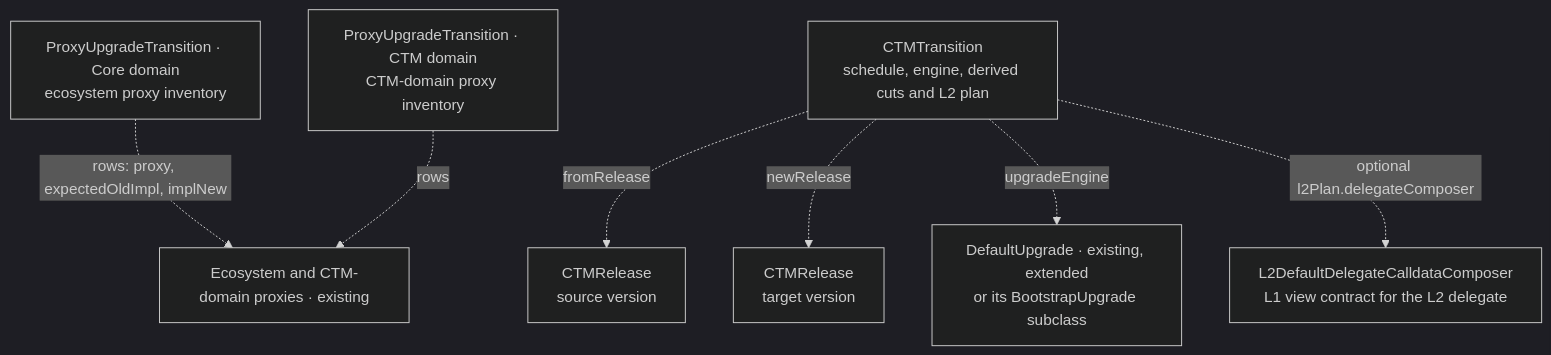
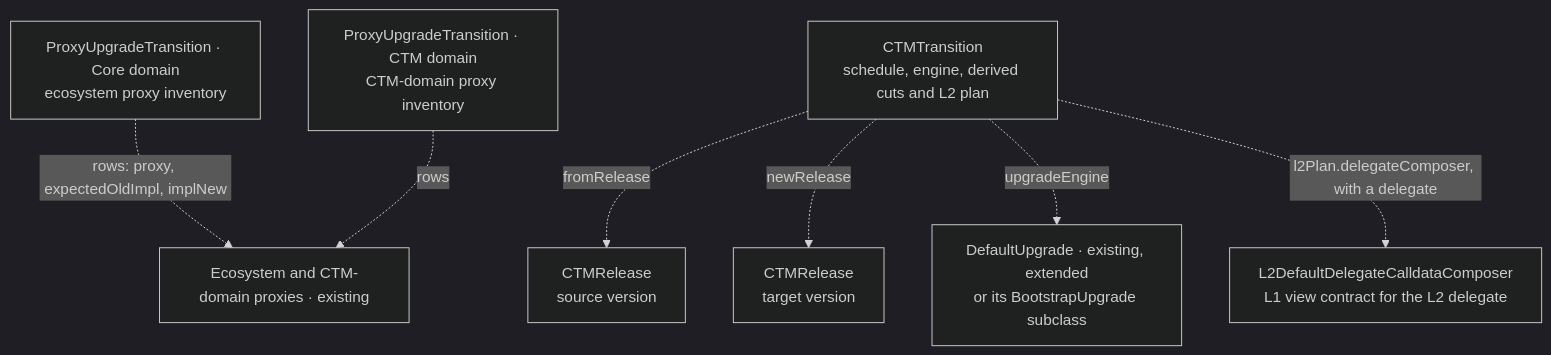
The first of 10 diagrams in docs/registry-driven-upgrades.md (matter-labs/era-contracts), drawn with Mermaid (dark theme) before and after one commit. The commit also changed other lines of this file and 43 other files, not shown here.

````diff
--- a/docs/registry-driven-upgrades.md
+++ b/docs/registry-driven-upgrades.md
@@ -80,18 +80,18 @@
 ```mermaid
 flowchart TB
     CORE["ProxyUpgradeTransition · Core domain<br/>ecosystem proxy inventory"]
     INFRA["ProxyUpgradeTransition · CTM domain<br/>CTM-domain proxy inventory"]
     TRANS["CTMTransition<br/>schedule, engine, derived cuts and L2 plan"]
     PROXIES["Ecosystem and CTM-domain proxies · existing"]
     FROM["CTMRelease<br/>source version"]
     TO["CTMRelease<br/>target version"]
     ENGINE["DefaultUpgrade · existing, extended<br/>or its BootstrapUpgrade subclass"]
     COMPOSER["L2DefaultDelegateCalldataComposer<br/>L1 view contract for the L2 delegate"]
 
     CORE -.->|"rows: proxy, expectedOldImpl, implNew"| PROXIES
     INFRA -.->|"rows"| PROXIES
     TRANS -.->|"fromRelease"| FROM
     TRANS -.->|"newRelease"| TO
     TRANS -.->|"upgradeEngine"| ENGINE
-    TRANS -.->|"optional l2Plan.delegateComposer"| COMPOSER
+    TRANS -.->|"l2Plan.delegateComposer, with a delegate"| COMPOSER
 ```
````
